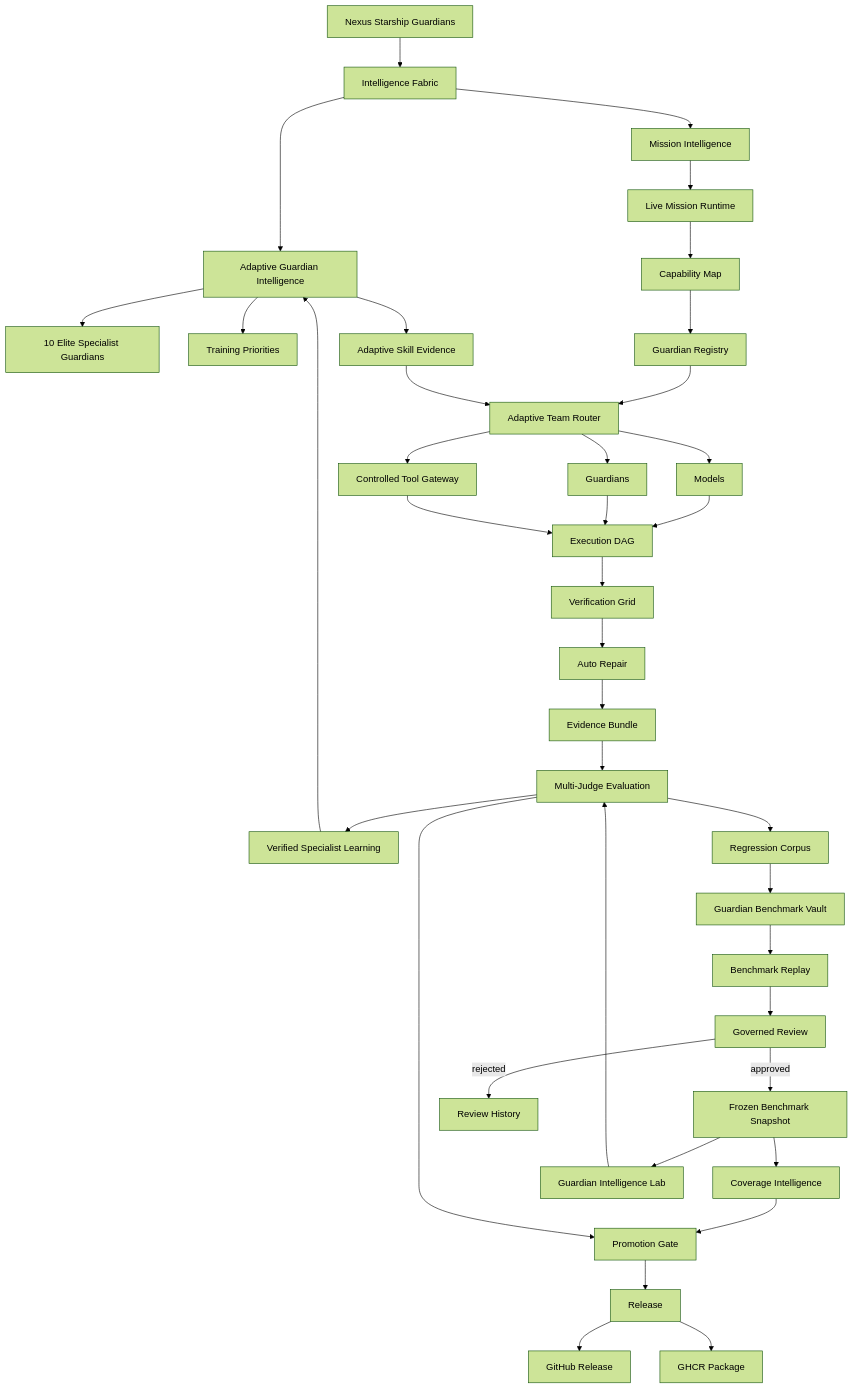
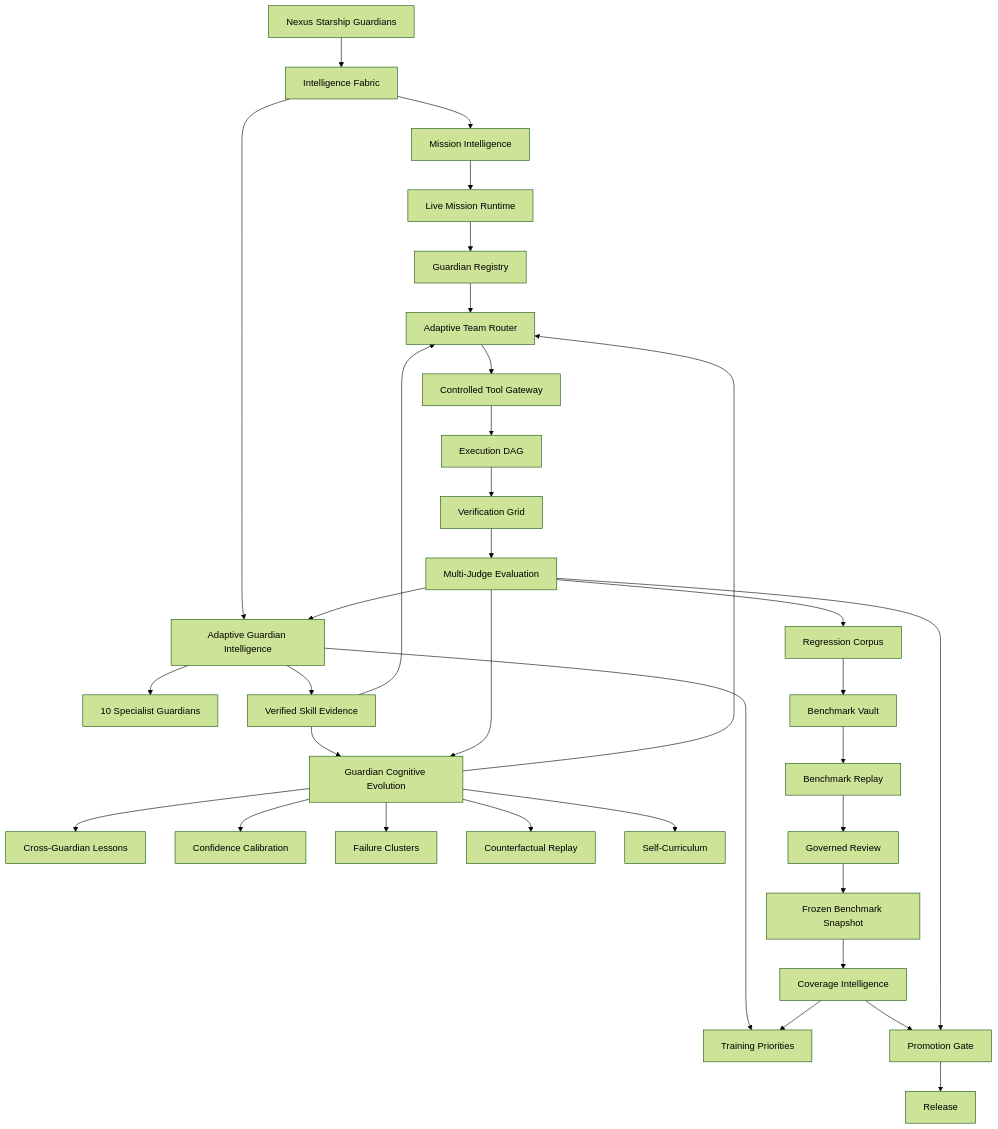
Before and after one commit to lois4801/NEXUS-Starship-Guardians: the diagram in README.md, drawn with Mermaid (forest theme). The commit also changed other lines of this file, not shown here.

Commit message:
Refresh README for v0.8 Guardian Cognitive Evolution

````diff
--- a/README.md
+++ b/README.md
@@ -98,44 +118,40 @@
 ```mermaid
 flowchart TD
     A[Nexus Starship Guardians] --> B[Intelligence Fabric]
+    B --> M[Mission Intelligence]
+    M --> R[Live Mission Runtime]
+    R --> G[Guardian Registry]
+
     B --> AGI[Adaptive Guardian Intelligence]
-    AGI --> ES[10 Elite Specialist Guardians]
+    AGI --> S[10 Specialist Guardians]
+    AGI --> SK[Verified Skill Evidence]
     AGI --> TP[Training Priorities]
-    AGI --> AS[Adaptive Skill Evidence]
 
-    B --> C[Mission Intelligence]
-    C --> D[Live Mission Runtime]
-    D --> E[Capability Map]
-    E --> F[Guardian Registry]
-    F --> G[Adaptive Team Router]
-    AS --> G
-    G --> H[Models]
-    G --> I[Guardians]
-    G --> J[Controlled Tool Gateway]
+    SK --> CE[Guardian Cognitive Evolution]
+    CE --> KL[Cross-Guardian Lessons]
+    CE --> CC[Confidence Calibration]
+    CE --> FC[Failure Clusters]
+    CE --> CF[Counterfactual Replay]
+    CE --> SC[Self-Curriculum]
 
-    H --> K[Execution DAG]
-    I --> K
-    J --> K
-    K --> L[Verification Grid]
-    L --> M[Auto Repair]
-    M --> N[Evidence Bundle]
-    N --> O[Multi-Judge Evaluation]
+    G --> AR[Adaptive Team Router]
+    SK --> AR
+    CE --> AR
+    AR --> TG[Controlled Tool Gateway]
+    TG --> EX[Execution DAG]
+    EX --> V[Verification Grid]
+    V --> MJ[Multi-Judge Evaluation]
+    MJ --> AGI
+    MJ --> CE
 
-    O --> AL[Verified Specialist Learning]
-    AL --> AGI
-    O --> P[Regression Corpus]
-    P --> BV[Guardian Benchmark Vault]
-    BV --> RP[Benchmark Replay]
-    RP --> BR[Governed Review]
-    BR -->|approved| BS[Frozen Benchmark Snapshot]
-    BR -->|rejected| RH[Review History]
+    MJ --> RC[Regression Corpus]
+    RC --> BV[Benchmark Vault]
+    BV --> BR[Benchmark Replay]
+    BR --> GR[Governed Review]
+    GR --> BS[Frozen Benchmark Snapshot]
     BS --> CI[Coverage Intelligence]
-    BS --> GIL[Guardian Intelligence Lab]
-    GIL --> O
-    CI --> R[Promotion Gate]
-    O --> R
-    R --> S[Release]
-
-    S --> V[GitHub Release]
-    S --> W[GHCR Package]
+    CI --> TP
+    CI --> PG[Promotion Gate]
+    MJ --> PG
+    PG --> REL[Release]
 ```
````
